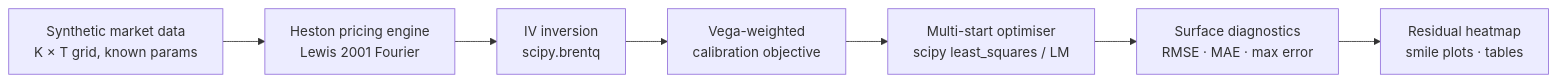
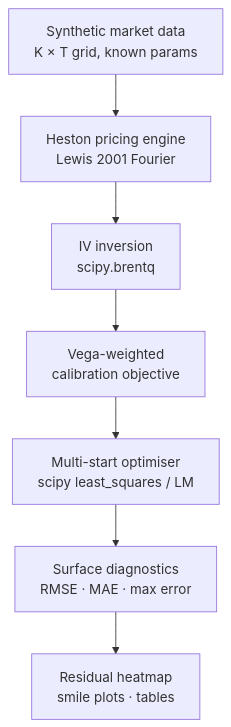
Before and after one commit to drmshoaib/heston-model-calibration: the diagram in README.md, drawn with Mermaid.

Commit message:
Make README workflow diagram vertical

````diff
--- a/README.md
+++ b/README.md
@@ -115,9 +115,9 @@
 ```mermaid
-flowchart LR
+flowchart TB
     A[Synthetic market data\nK × T grid, known params] --> B[Heston pricing engine\nLewis 2001 Fourier]
     B --> C[IV inversion\nscipy.brentq]
     C --> D[Vega-weighted\ncalibration objective]
     D --> E[Multi-start optimiser\nscipy least_squares / LM]
     E --> F[Surface diagnostics\nRMSE · MAE · max error]
     F --> G[Residual heatmap\nsmile plots · tables]
 ```
````
